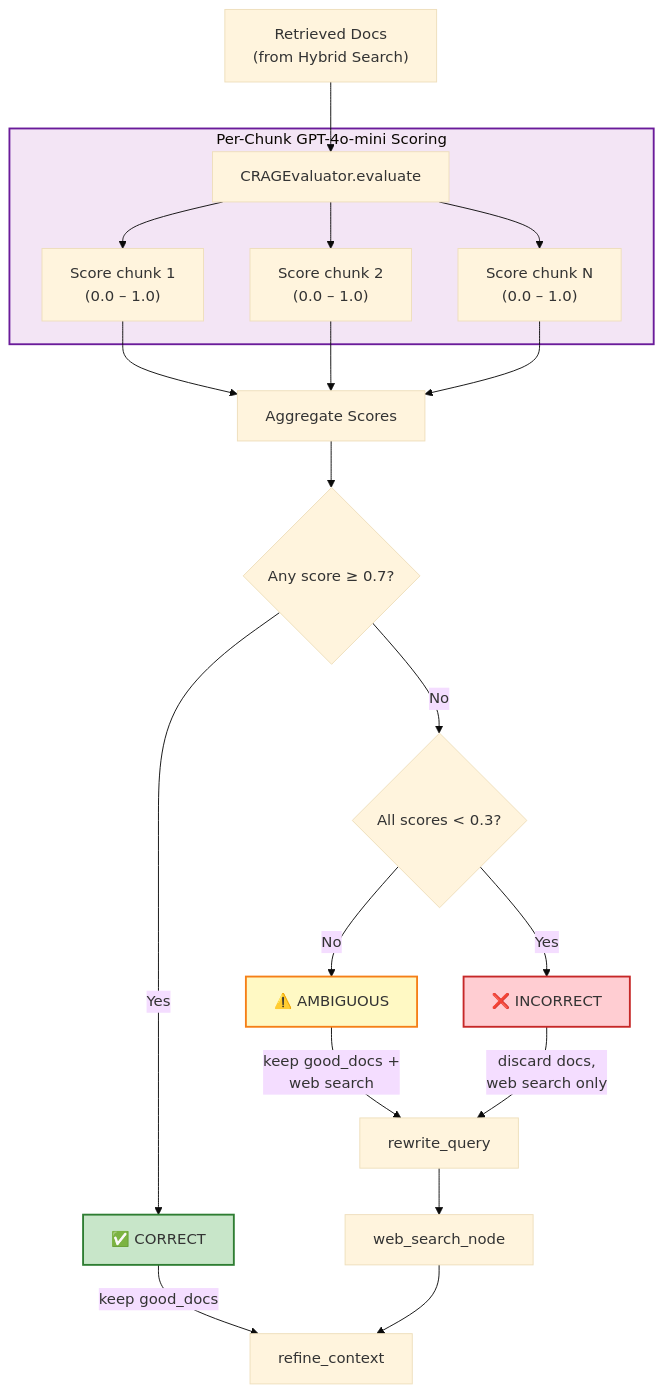
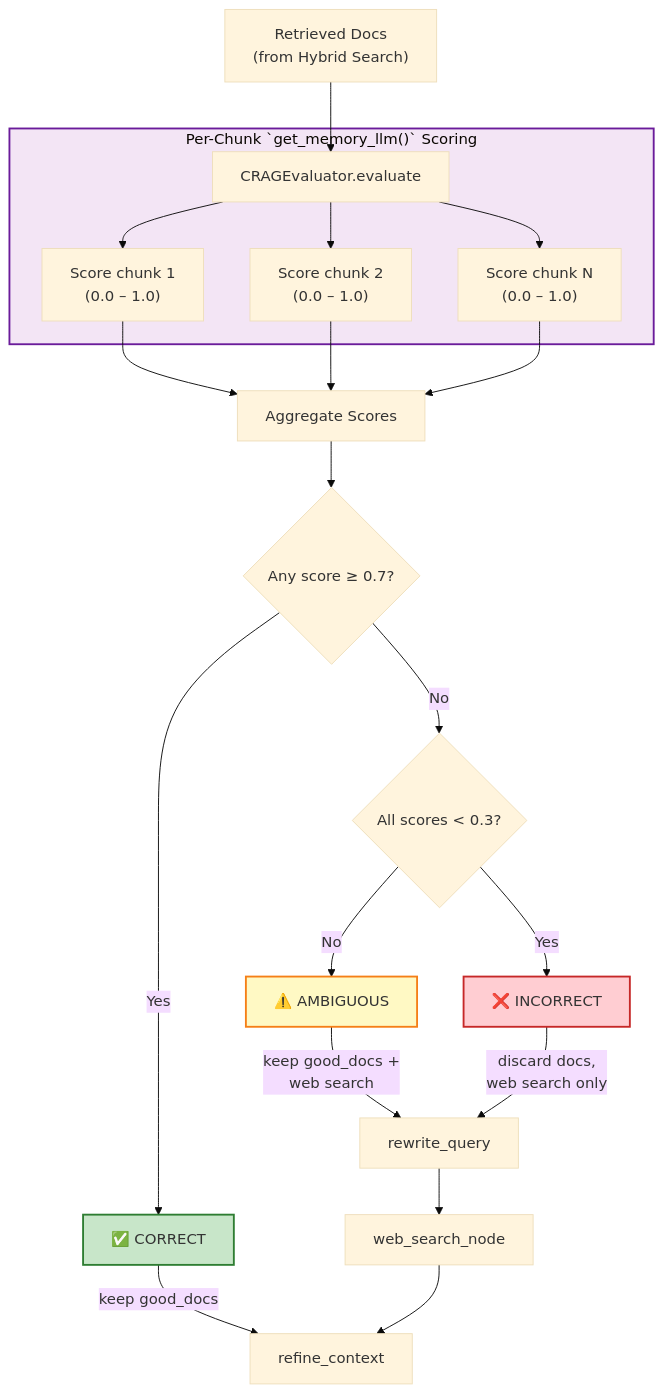
One commit to Manishekhar001/IDOP changed the diagram in docs/design/09-crag-pipeline.md. Above: the diagram before and after it, drawn with Mermaid (base theme). The commit also changed other lines of this file and 17 other files, not shown here.

````diff
--- a/docs/design/09-crag-pipeline.md
+++ b/docs/design/09-crag-pipeline.md
@@ -19,32 +19,32 @@
 ```mermaid
 flowchart TD
     A["Retrieved Docs<br/>(from Hybrid Search)"] --> B["CRAGEvaluator.evaluate"]
 
-    subgraph Scoring["Per-Chunk GPT-4o-mini Scoring"]
+    subgraph Scoring["Per-Chunk `get_memory_llm()` Scoring"]
         B --> C["Score chunk 1<br/>(0.0 – 1.0)"]
         B --> D["Score chunk 2<br/>(0.0 – 1.0)"]
         B --> E["Score chunk N<br/>(0.0 – 1.0)"]
     end
 
     C --> F["Aggregate Scores"]
     D --> F
     E --> F
 
     F --> G{"Any score ≥ 0.7?"}
     G -->|Yes| H["✅ CORRECT"]
     G -->|No| I{"All scores < 0.3?"}
     I -->|Yes| J["❌ INCORRECT"]
     I -->|No| K["⚠️ AMBIGUOUS"]
 
     H -->|keep good_docs| L["refine_context"]
     K -->|keep good_docs +<br/>web search| M["rewrite_query"]
     J -->|discard docs,<br/>web search only| M
 
     M --> N["web_search_node"]
     N --> L
 
     style Scoring fill:#f3e5f5,stroke:#6a1b9a,stroke-width:2px
     style H fill:#c8e6c9,stroke:#2e7d32,stroke-width:2px
     style J fill:#ffcdd2,stroke:#c62828,stroke-width:2px
     style K fill:#fff9c4,stroke:#f57f17,stroke-width:2px
 ```
````
